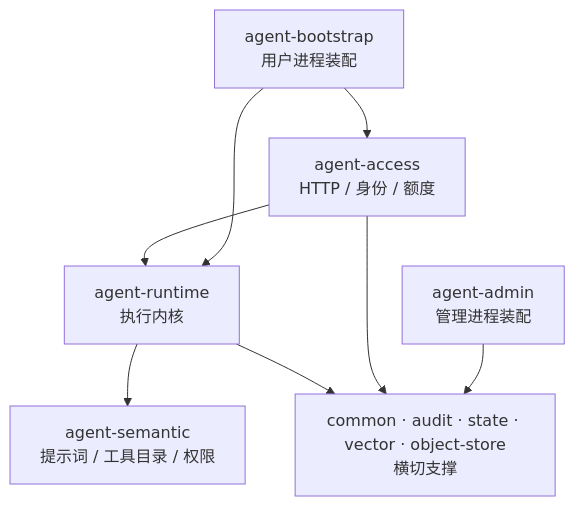
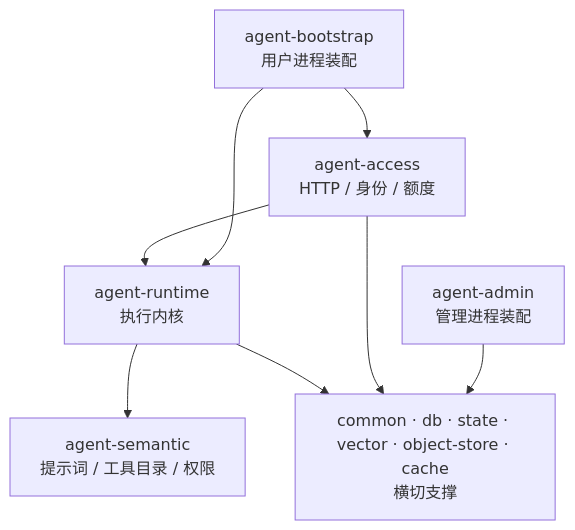
Before and after one commit to logosssss/dream-agentscope: the diagram in docs/tutorial/13-why-two-processes-ten-modules/index.md, drawn with Mermaid. The commit also changed other lines of this file and 624 other files, not shown here.

First line of the commit message:
拆光 agent-audit：同库双端落地并加 schema 契约测。

````diff
--- a/docs/tutorial/13-why-two-processes-ten-modules/index.md
+++ b/docs/tutorial/13-why-two-processes-ten-modules/index.md
@@ -47,17 +47,17 @@
 ```mermaid
 flowchart TD
   Boot["agent-bootstrap<br/>用户进程装配"]
   Admin["agent-admin<br/>管理进程装配"]
   Access["agent-access<br/>HTTP / 身份 / 额度"]
   Runtime["agent-runtime<br/>执行内核"]
   Semantic["agent-semantic<br/>提示词 / 工具目录 / 权限"]
-  Support["common · audit · state · vector · object-store<br/>横切支撑"]
+  Support["common · db · state · vector · object-store · cache<br/>横切支撑"]
 
   Boot --> Access
   Boot --> Runtime
   Admin --> Support
   Access --> Runtime
   Runtime --> Semantic
   Access --> Support
   Runtime --> Support
 ```
````
